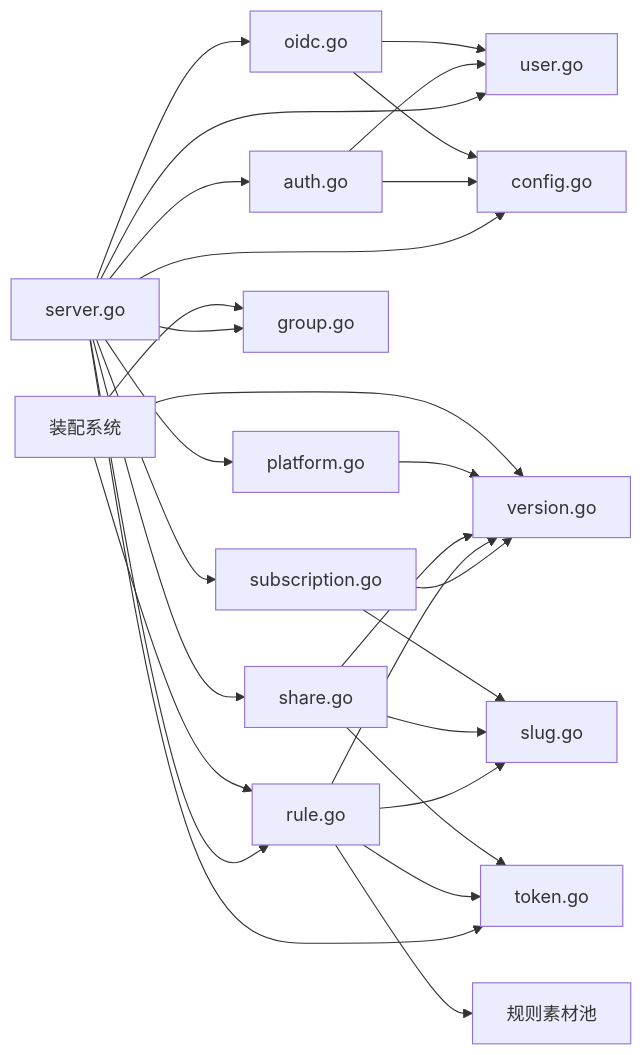
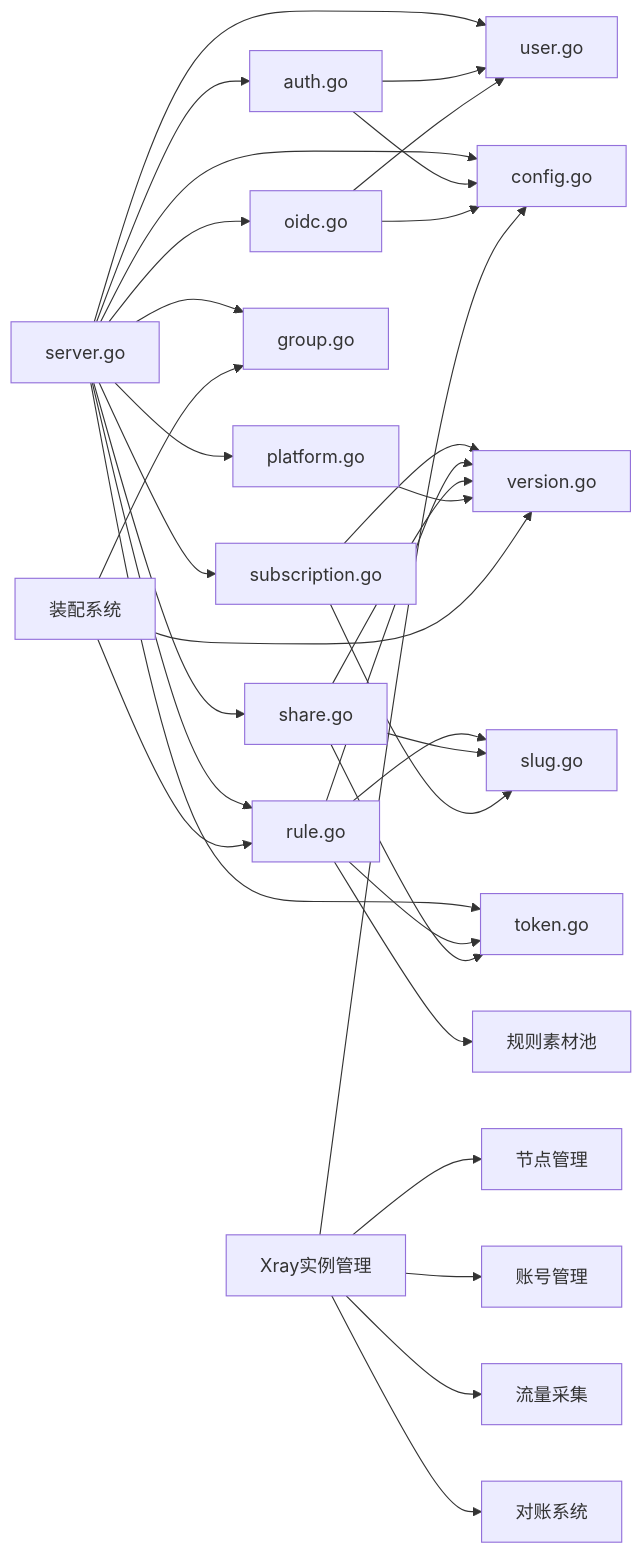
Before and after one commit to AlcaProphet/VPN-Subscription-Management: diagram 17 of 17 in .qoder/repowiki/zh/content/核心功能模块/核心功能模块.md, drawn with Mermaid. The commit also changed other lines of this file and 7 other files, not shown here.

````diff
--- a/.qoder/repowiki/zh/content/核心功能模块/核心功能模块.md
+++ b/.qoder/repowiki/zh/content/核心功能模块/核心功能模块.md
@@ -653,30 +754,35 @@
 ```mermaid
 graph LR
 Server["server.go"] --> Auth["auth.go"]
 Server --> User["user.go"]
 Server --> Oidc["oidc.go"]
 Server --> Platform["platform.go"]
 Server --> Subscription["subscription.go"]
 Server --> Group["group.go"]
 Server --> Rule["rule.go"]
 Server --> Share["share.go"]
 Server --> Token["token.go"]
 Server --> Config["config.go"]
 Subscription --> Version["version.go"]
 Rule --> Version
 Share --> Version
 Platform --> Version
 Rule --> Token
 Share --> Token
 Auth --> User
 Auth --> Config
 Oidc --> Config
 Oidc --> User
 Rule --> Pool["规则素材池"]
 Assembly["装配系统"] --> Rule
 Assembly --> Group
 Assembly --> Version
 Rule --> Slug["slug.go"]
 Share --> Slug
 Subscription --> Slug
+Xray["Xray实例管理"] --> Config
+Xray --> Node["节点管理"]
+Xray --> Account["账号管理"]
+Xray --> Stats["流量采集"]
+Xray --> Reconcile["对账系统"]
 ```
````
